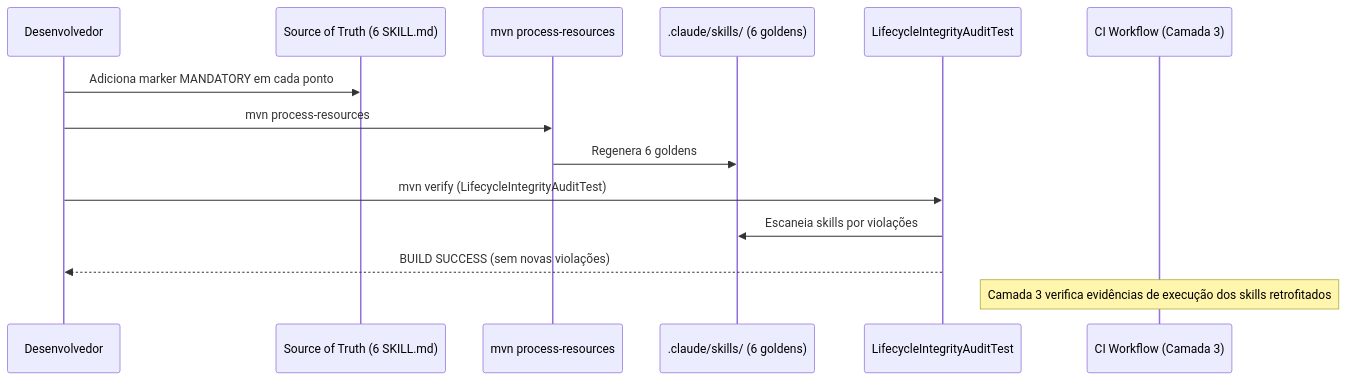
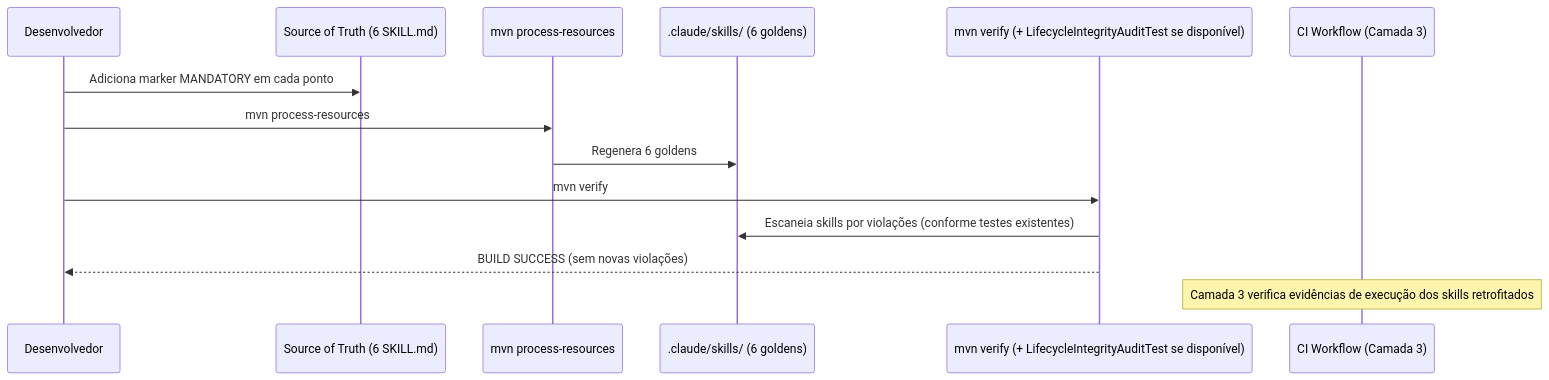
The diagram in plans/epic-0057/story-0057-0004.md (edercnj/ia-dev-environment), drawn with Mermaid before and after one commit. The commit also changed other lines of this file and 8 other files, not shown here.

````diff
--- a/plans/epic-0057/story-0057-0004.md
+++ b/plans/epic-0057/story-0057-0004.md
@@ -137,17 +138,17 @@
 ```mermaid
 sequenceDiagram
     participant Dev as Desenvolvedor
     participant SOT as Source of Truth (6 SKILL.md)
     participant MVN as mvn process-resources
     participant Golden as .claude/skills/ (6 goldens)
-    participant Audit as LifecycleIntegrityAuditTest
+    participant Audit as mvn verify (+ LifecycleIntegrityAuditTest se disponível)
     participant CI as CI Workflow (Camada 3)
 
     Dev->>SOT: Adiciona marker MANDATORY em cada ponto
     Dev->>MVN: mvn process-resources
     MVN->>Golden: Regenera 6 goldens
-    Dev->>Audit: mvn verify (LifecycleIntegrityAuditTest)
-    Audit->>Golden: Escaneia skills por violações
+    Dev->>Audit: mvn verify
+    Audit->>Golden: Escaneia skills por violações (conforme testes existentes)
     Audit-->>Dev: BUILD SUCCESS (sem novas violações)
     Note over CI: Camada 3 verifica evidências de execução dos skills retrofitados
 ```
````
